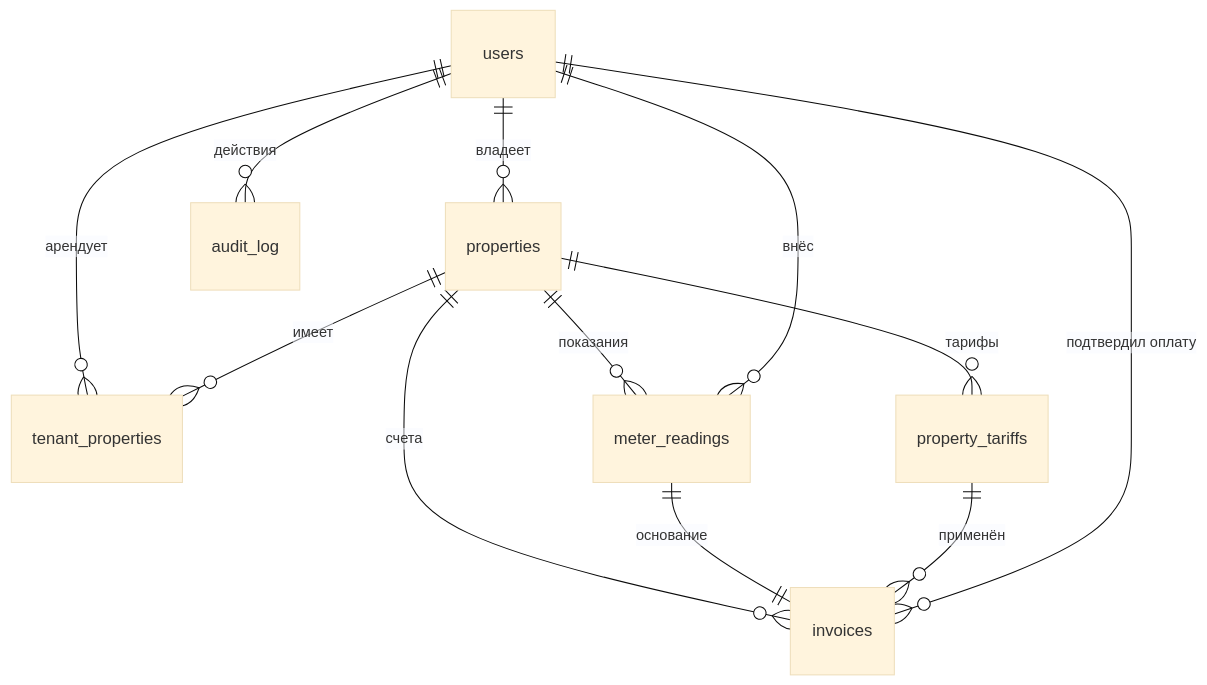
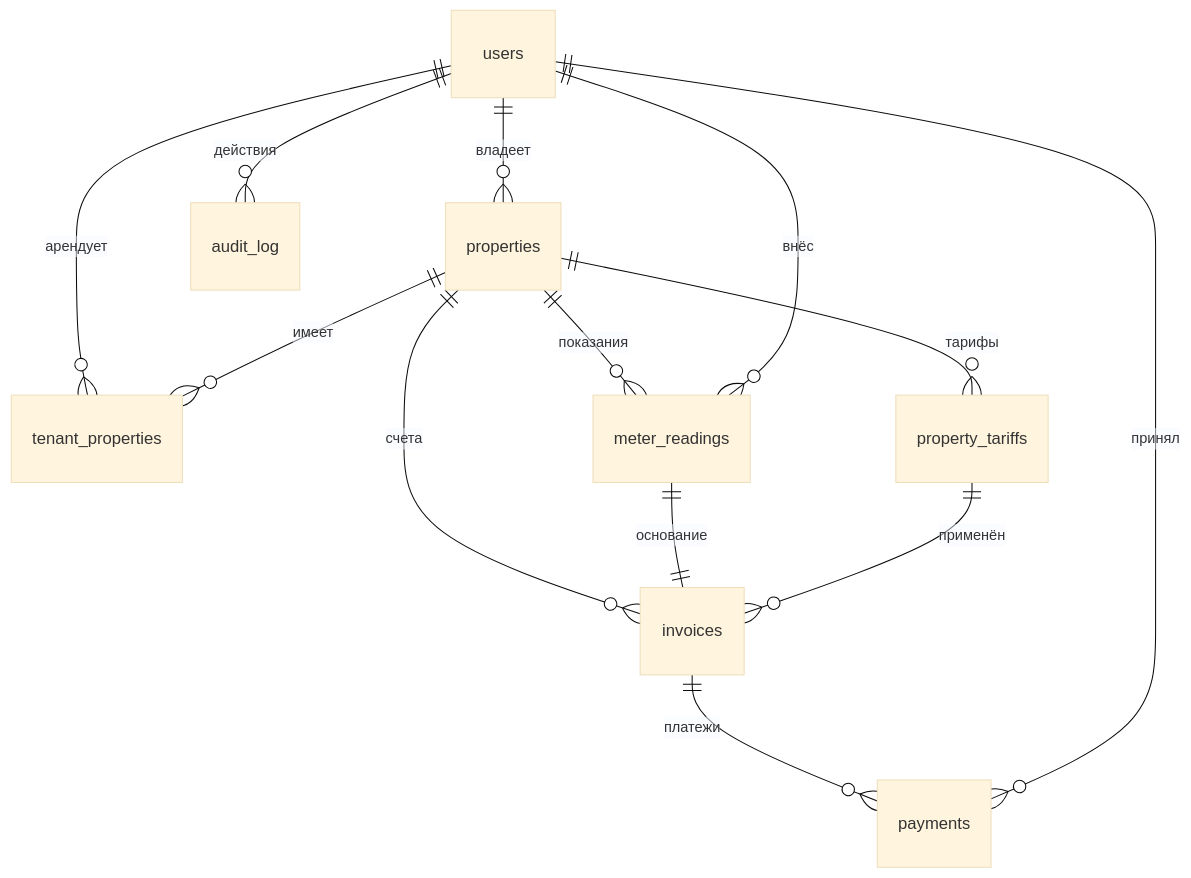
Before and after one commit to kutyassistent-ops/HAU_services: the second of 2 diagrams in docs/architecture.md, drawn with Mermaid (base theme). The commit also changed other lines of this file and 77 other files, not shown here.

````diff
--- a/docs/architecture.md
+++ b/docs/architecture.md
@@ -74,14 +87,15 @@
 ```mermaid
 erDiagram
     users ||--o{ properties : "владеет"
     users ||--o{ tenant_properties : "арендует"
     properties ||--o{ tenant_properties : "имеет"
     properties ||--o{ property_tariffs : "тарифы"
     properties ||--o{ meter_readings : "показания"
     properties ||--o{ invoices : "счета"
     meter_readings ||--|| invoices : "основание"
+    invoices ||--o{ payments : "платежи"
     property_tariffs ||--o{ invoices : "применён"
     users ||--o{ meter_readings : "внёс"
-    users ||--o{ invoices : "подтвердил оплату"
+    users ||--o{ payments : "принял"
     users ||--o{ audit_log : "действия"
 ```
````
